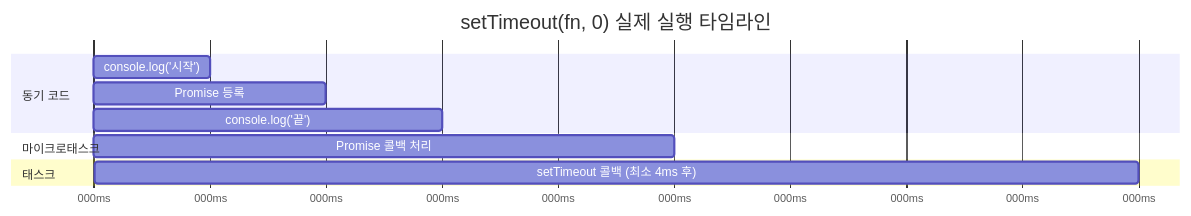
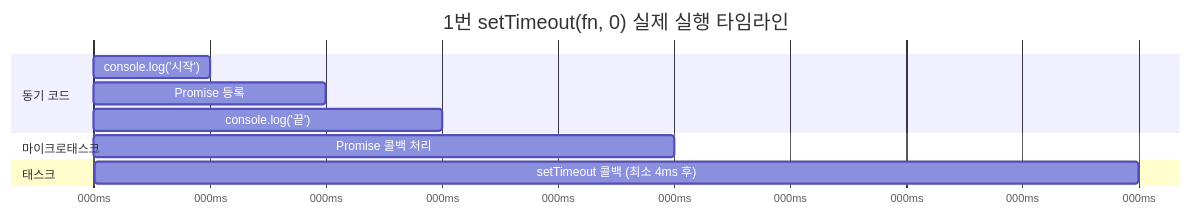
The eighth of 13 diagrams in _posts/frontend/2026-05-02-js-event-loop.md (yjkim2015/yjkim2015.github.io), drawn with Mermaid before and after one commit. The commit also changed other lines of this file and 122 other files, not shown here.

````diff
--- a/_posts/frontend/2026-05-02-js-event-loop.md
+++ b/_posts/frontend/2026-05-02-js-event-loop.md
@@ -356,17 +330,17 @@
 ```mermaid
 gantt
-    title setTimeout(fn, 0) 실제 실행 타임라인
+    title 1번 setTimeout(fn, 0) 실제 실행 타임라인
     dateFormat X
     axisFormat %Lms
 
     section 동기 코드
     console.log('시작') :0, 1
     Promise 등록 :1, 2
     console.log('끝') :2, 3
 
     section 마이크로태스크
     Promise 콜백 처리 :3, 5
 
     section 태스크
     setTimeout 콜백 (최소 4ms 후) :7, 9
 ```
````
